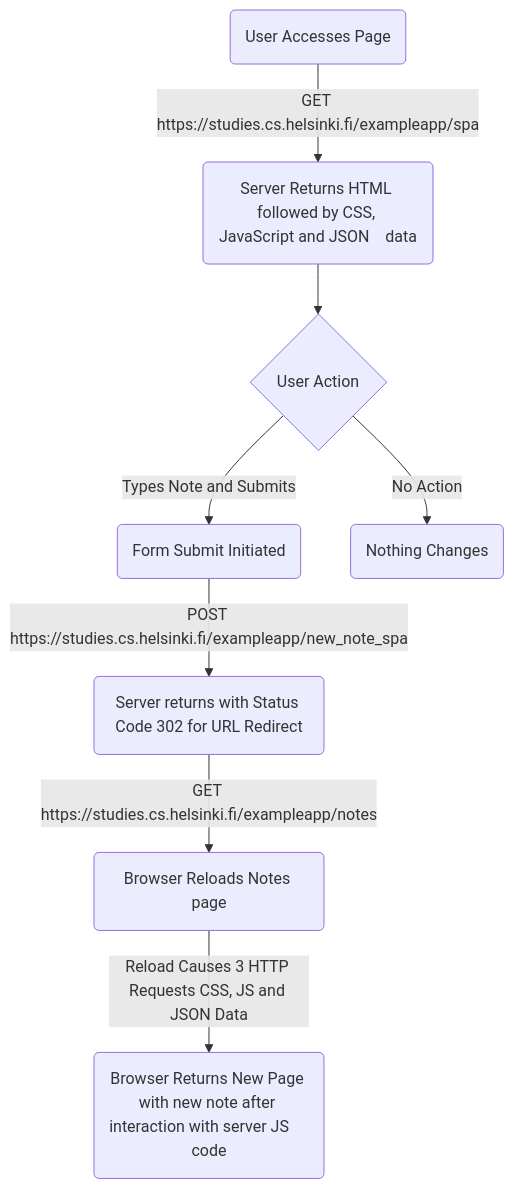
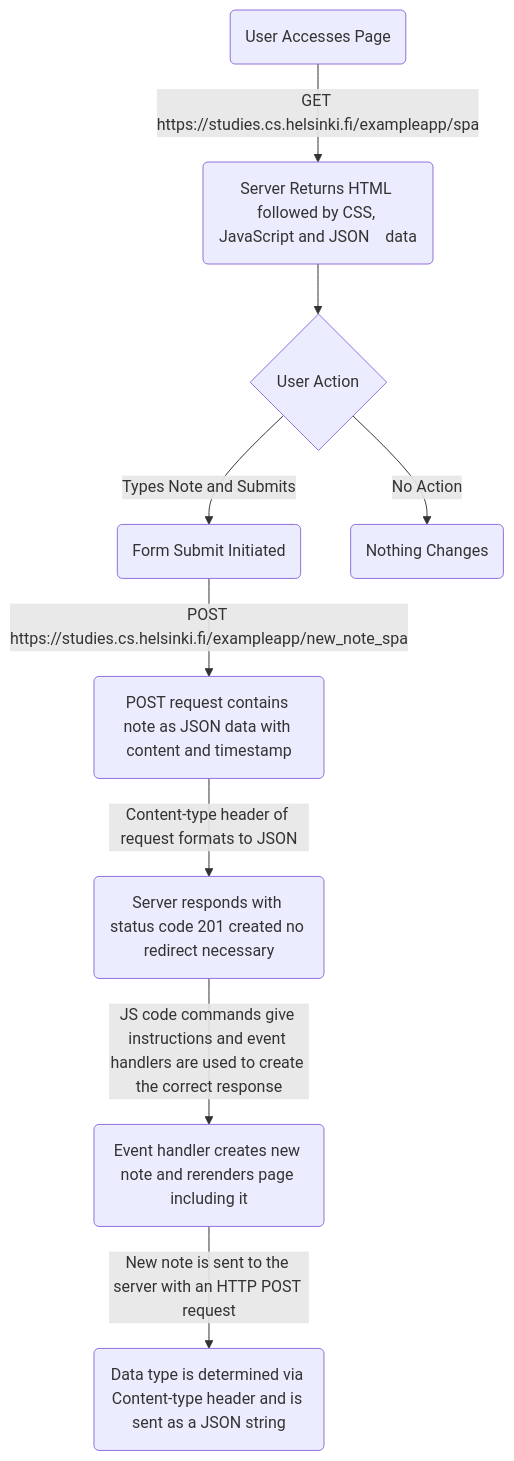
Before and after one commit to Mauriciamo/Helsinki-Fullstack: the diagram in part 0/0.6_spa_new_note.md, drawn with Mermaid.

````diff
--- a/part 0/0.6_spa_new_note.md
+++ b/part 0/0.6_spa_new_note.md
@@ -1,10 +1,11 @@
 ```mermaid
   flowchart TD
   A(User Accesses Page) -->|GET https://studies.cs.helsinki.fi/exampleapp/spa| B(Server Returns HTML followed by CSS, JavaScript and JSON    data);
   B --> C{User Action};
   C --> |Types Note and Submits| D(Form Submit Initiated);
   C --> |No Action| E(Nothing Changes);
-  D --> |POST https://studies.cs.helsinki.fi/exampleapp/new_note_spa| F(Server returns with Status Code 302 for URL Redirect);
-  F --> |GET https://studies.cs.helsinki.fi/exampleapp/notes| G(Browser Reloads Notes page);
-  G --> |Reload Causes 3 HTTP Requests CSS, JS and JSON Data| H(Browser Returns New Page with new note after interaction with server JS     code);
+  D --> |POST https://studies.cs.helsinki.fi/exampleapp/new_note_spa| F(POST request contains note as JSON data with content and timestamp);
+  F --> |Content-type header of request formats to JSON| G(Server responds with status code 201 created no redirect necessary);
+  G --> |JS code commands give instructions and event handlers are used to create the correct response| H(Event handler creates new note and rerenders page including it);
+  H--> |New note is sent to the server with an HTTP POST request| I(Data type is determined via Content-type header and is sent as a JSON string)
 ```
````
